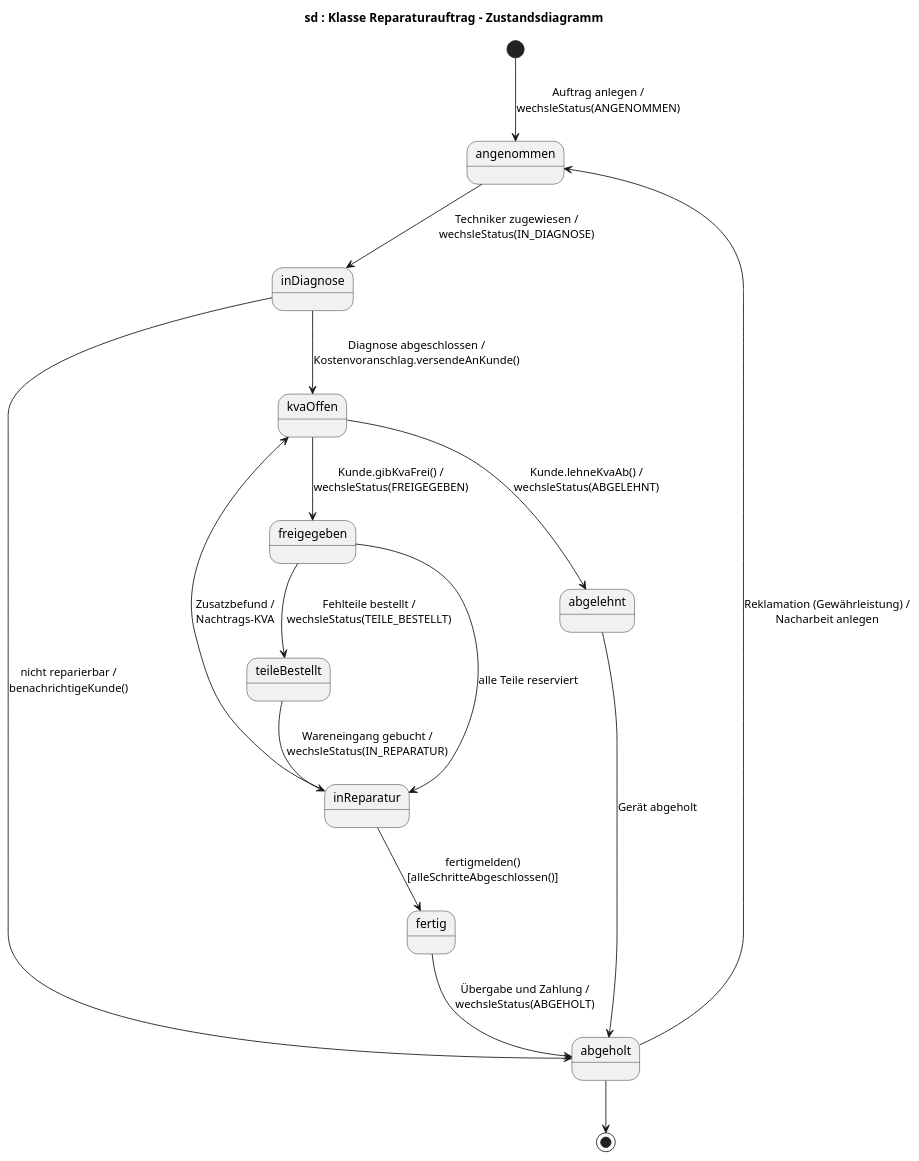
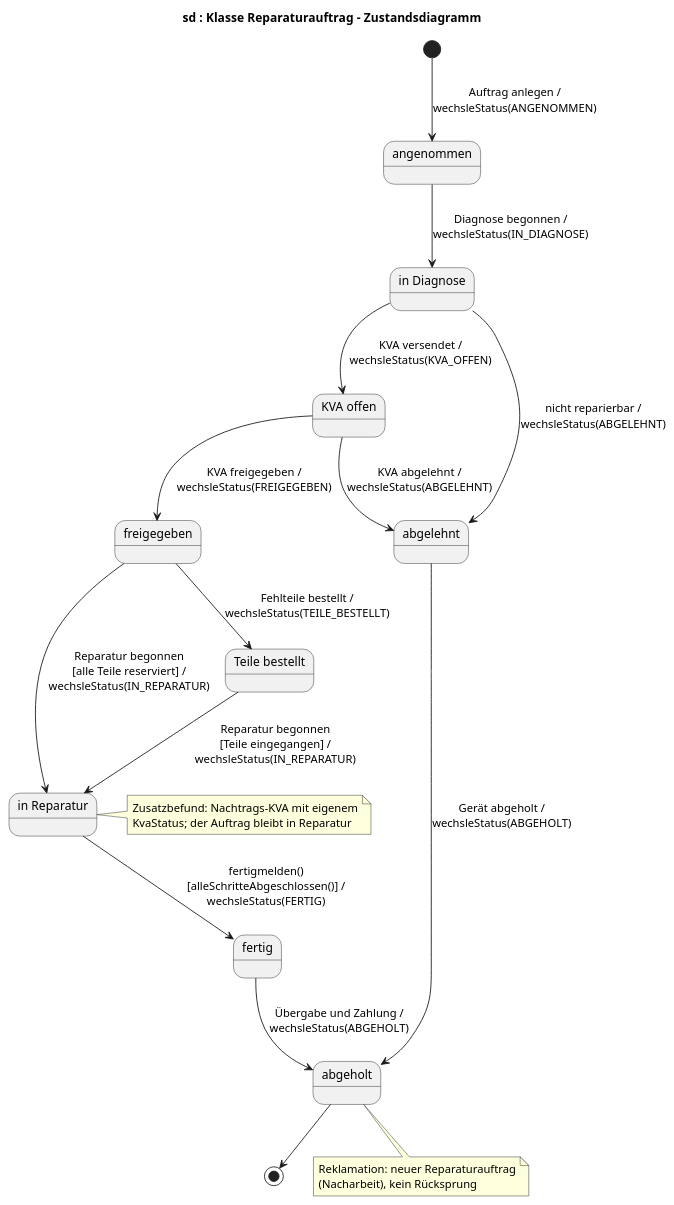
Before and after one commit to jakobschwan123-cmd/casestudy-semester-3: the diagram in uml/zustand-reparaturauftrag.puml, drawn with PlantUML. The commit also changed 72 other files, not shown here.

```diff
--- a/uml/zustand-reparaturauftrag.puml
+++ b/uml/zustand-reparaturauftrag.puml
@@ -1,19 +1,34 @@
 @startuml
 title sd : Klasse Reparaturauftrag – Zustandsdiagramm
 skinparam defaultFontName Arial
+state "angenommen" as angenommen
+state "in Diagnose" as inDiagnose
+state "KVA offen" as kvaOffen
+state "freigegeben" as freigegeben
+state "abgelehnt" as abgelehnt
+state "Teile bestellt" as teileBestellt
+state "in Reparatur" as inReparatur
+state "fertig" as fertig
+state "abgeholt" as abgeholt
 [*] --> angenommen : Auftrag anlegen /\nwechsleStatus(ANGENOMMEN)
-angenommen --> inDiagnose : Techniker zugewiesen /\nwechsleStatus(IN_DIAGNOSE)
-inDiagnose --> kvaOffen : Diagnose abgeschlossen /\nKostenvoranschlag.versendeAnKunde()
-inDiagnose --> abgeholt : nicht reparierbar /\nbenachrichtigeKunde()
-kvaOffen --> freigegeben : Kunde.gibKvaFrei() /\nwechsleStatus(FREIGEGEBEN)
-kvaOffen --> abgelehnt : Kunde.lehneKvaAb() /\nwechsleStatus(ABGELEHNT)
+angenommen --> inDiagnose : Diagnose begonnen /\nwechsleStatus(IN_DIAGNOSE)
+inDiagnose --> kvaOffen : KVA versendet /\nwechsleStatus(KVA_OFFEN)
+inDiagnose --> abgelehnt : nicht reparierbar /\nwechsleStatus(ABGELEHNT)
+kvaOffen --> freigegeben : KVA freigegeben /\nwechsleStatus(FREIGEGEBEN)
+kvaOffen --> abgelehnt : KVA abgelehnt /\nwechsleStatus(ABGELEHNT)
 freigegeben --> teileBestellt : Fehlteile bestellt /\nwechsleStatus(TEILE_BESTELLT)
-freigegeben --> inReparatur : alle Teile reserviert
-teileBestellt --> inReparatur : Wareneingang gebucht /\nwechsleStatus(IN_REPARATUR)
-inReparatur --> kvaOffen : Zusatzbefund /\nNachtrags-KVA
-inReparatur --> fertig : fertigmelden()\n[alleSchritteAbgeschlossen()]
+freigegeben --> inReparatur : Reparatur begonnen\n[alle Teile reserviert] /\nwechsleStatus(IN_REPARATUR)
+teileBestellt --> inReparatur : Reparatur begonnen\n[Teile eingegangen] /\nwechsleStatus(IN_REPARATUR)
+inReparatur --> fertig : fertigmelden()\n[alleSchritteAbgeschlossen()] /\nwechsleStatus(FERTIG)
 fertig --> abgeholt : Übergabe und Zahlung /\nwechsleStatus(ABGEHOLT)
-abgelehnt --> abgeholt : Gerät abgeholt
-abgeholt --> angenommen : Reklamation (Gewährleistung) /\nNacharbeit anlegen
+abgelehnt --> abgeholt : Gerät abgeholt /\nwechsleStatus(ABGEHOLT)
 abgeholt --> [*]
+note right of inReparatur
+  Zusatzbefund: Nachtrags-KVA mit eigenem
+  KvaStatus; der Auftrag bleibt in Reparatur
+end note
+note bottom of abgeholt
+  Reklamation: neuer Reparaturauftrag
+  (Nacharbeit), kein Rücksprung
+end note
 @enduml
```
